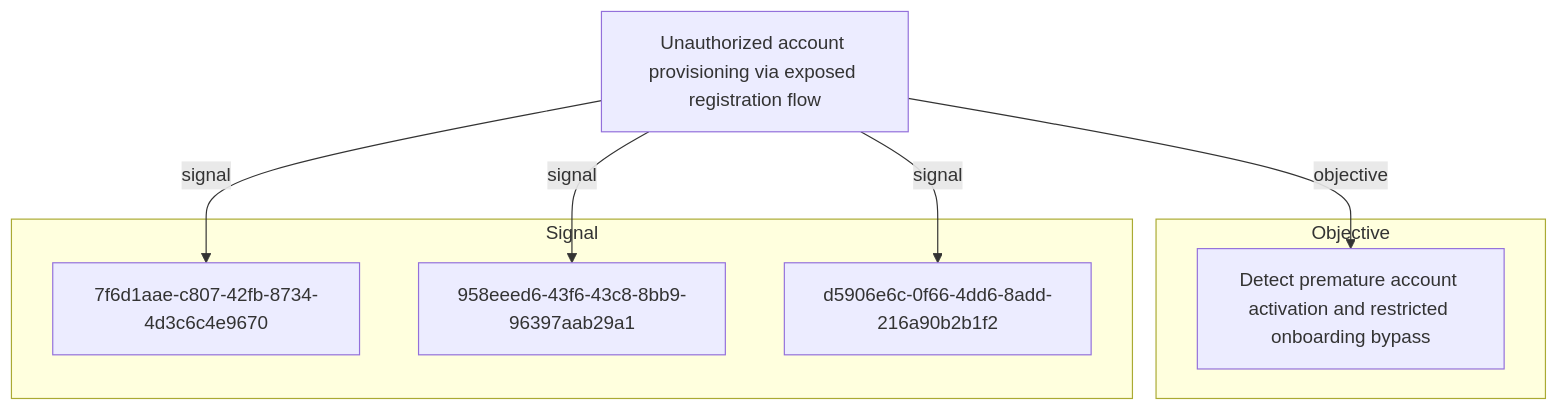
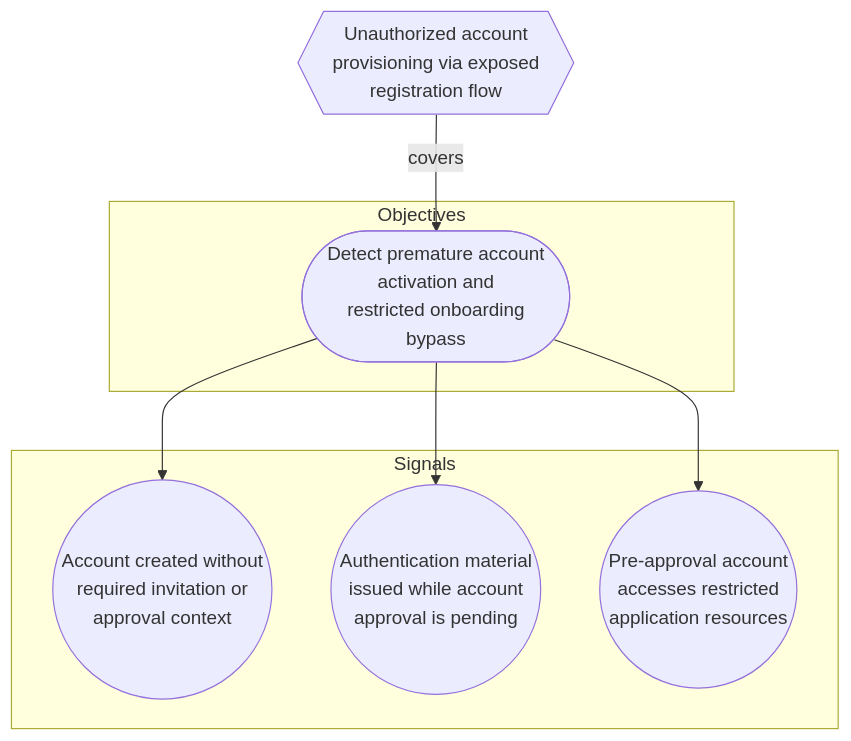
The second of 2 diagrams in docs/threats/unauthorized-account-provisioning-via-exposed-registration-flow.md (opentidehq/library), drawn with Mermaid before and after one commit. The commit also changed other lines of this file and 540 other files, not shown here.

````diff
--- a/docs/threats/unauthorized-account-provisioning-via-exposed-registration-flow.md
+++ b/docs/threats/unauthorized-account-provisioning-via-exposed-registration-flow.md
@@ -93,16 +121,16 @@
 ```mermaid
 flowchart TB
-subgraph "Objective"
-3a73c153_abd7_40cd_86a5_4d57a42b9a44["Detect premature account activation and restricted onboarding bypass"]
+subgraph "Objectives"
+3a73c153_abd7_40cd_86a5_4d57a42b9a44(["Detect premature account<br>activation and<br>restricted onboarding<br>bypass"])
 end
-subgraph "Signal"
-7f6d1aae_c807_42fb_8734_4d3c6c4e9670["7f6d1aae-c807-42fb-8734-4d3c6c4e9670"]
-958eeed6_43f6_43c8_8bb9_96397aab29a1["958eeed6-43f6-43c8-8bb9-96397aab29a1"]
-d5906e6c_0f66_4dd6_8add_216a90b2b1f2["d5906e6c-0f66-4dd6-8add-216a90b2b1f2"]
+subgraph "Signals"
+7f6d1aae_c807_42fb_8734_4d3c6c4e9670(("Account created without<br>required invitation or<br>approval context"))
+d5906e6c_0f66_4dd6_8add_216a90b2b1f2(("Authentication material<br>issued while account<br>approval is pending"))
+958eeed6_43f6_43c8_8bb9_96397aab29a1(("Pre-approval account<br>accesses restricted<br>application resources"))
 end
-3d7dada6_5f9d_4f67_952e_faa2ab794fde["Unauthorized account provisioning via exposed registration flow"]
-3d7dada6_5f9d_4f67_952e_faa2ab794fde -->|objective| 3a73c153_abd7_40cd_86a5_4d57a42b9a44
-3d7dada6_5f9d_4f67_952e_faa2ab794fde -->|signal| 7f6d1aae_c807_42fb_8734_4d3c6c4e9670
-3d7dada6_5f9d_4f67_952e_faa2ab794fde -->|signal| 958eeed6_43f6_43c8_8bb9_96397aab29a1
-3d7dada6_5f9d_4f67_952e_faa2ab794fde -->|signal| d5906e6c_0f66_4dd6_8add_216a90b2b1f2
+3d7dada6_5f9d_4f67_952e_faa2ab794fde{{"Unauthorized account<br>provisioning via exposed<br>registration flow"}}
+3d7dada6_5f9d_4f67_952e_faa2ab794fde -->|covers| 3a73c153_abd7_40cd_86a5_4d57a42b9a44
+3a73c153_abd7_40cd_86a5_4d57a42b9a44 --> 7f6d1aae_c807_42fb_8734_4d3c6c4e9670
+3a73c153_abd7_40cd_86a5_4d57a42b9a44 --> d5906e6c_0f66_4dd6_8add_216a90b2b1f2
+3a73c153_abd7_40cd_86a5_4d57a42b9a44 --> 958eeed6_43f6_43c8_8bb9_96397aab29a1
 ```
````
